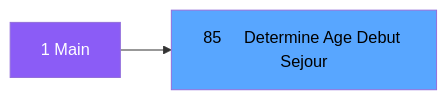
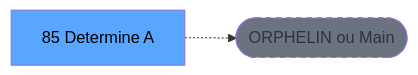
Before and after one commit to thonyAGP/lecteur-magic: the second of 3 diagrams in .openspec/specs/ADH-IDE-85.md, drawn with Mermaid. The commit also changed other lines of this file and 701 other files, not shown here.

````diff
--- a/.openspec/specs/ADH-IDE-85.md
+++ b/.openspec/specs/ADH-IDE-85.md
@@ -123,8 +117,8 @@
 ```mermaid
 graph LR
-    M[1 Main]
-    T[85     Determine Age Debut Sejour]
-    M --> T
-    style M fill:#8b5cf6,color:#fff
+    T[85     Determine A]
+    ORPHAN([ORPHELIN ou Main])
+    T -.-> ORPHAN
     style T fill:#58a6ff,color:#000
+    style ORPHAN fill:#6b7280,stroke-dasharray: 5 5
 ```
````
